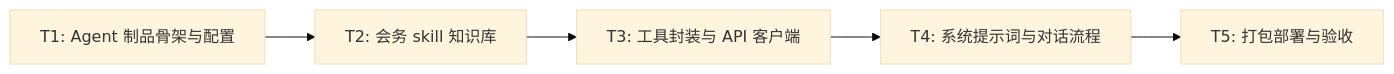
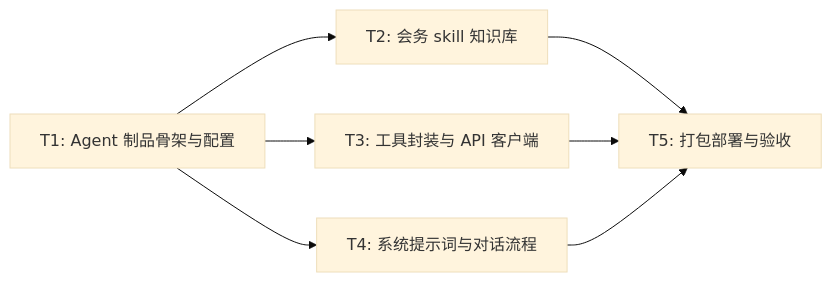
Before and after one commit to WN921/north-hackathon-team-8-meeting: the second of 2 diagrams in docs/rfcs/0004-nac-meeting-agent-artifact.md, drawn with Mermaid (base theme). The commit also changed other lines of this file and 32 other files, not shown here.

````diff
--- a/docs/rfcs/0004-nac-meeting-agent-artifact.md
+++ b/docs/rfcs/0004-nac-meeting-agent-artifact.md
@@ -301,7 +458,9 @@
 ```mermaid
 graph LR
     T1[T1: Agent 制品骨架与配置] --> T2[T2: 会务 skill 知识库]
-    T2 --> T3[T3: 工具封装与 API 客户端]
-    T3 --> T4[T4: 系统提示词与对话流程]
-    T4 --> T5[T5: 打包部署与验收]
+    T1 --> T3[T3: 工具封装与 API 客户端]
+    T1 --> T4[T4: 系统提示词与对话流程]
+    T2 --> T5[T5: 打包部署与验收]
+    T3 --> T5
+    T4 --> T5
 ```
````
